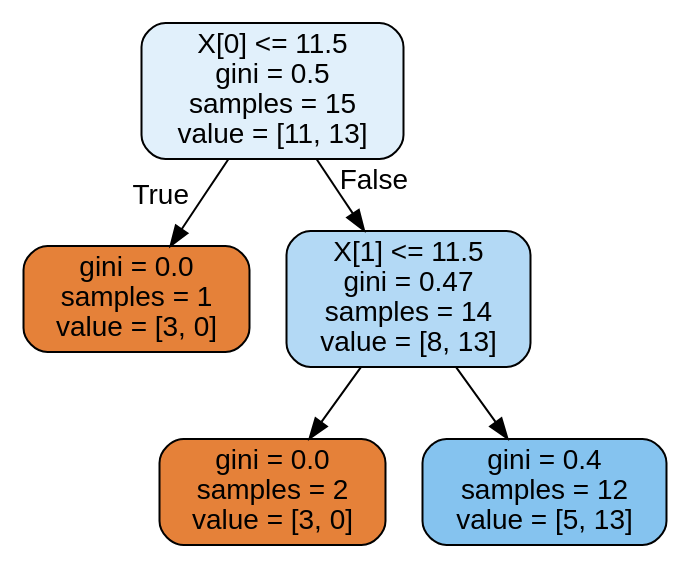
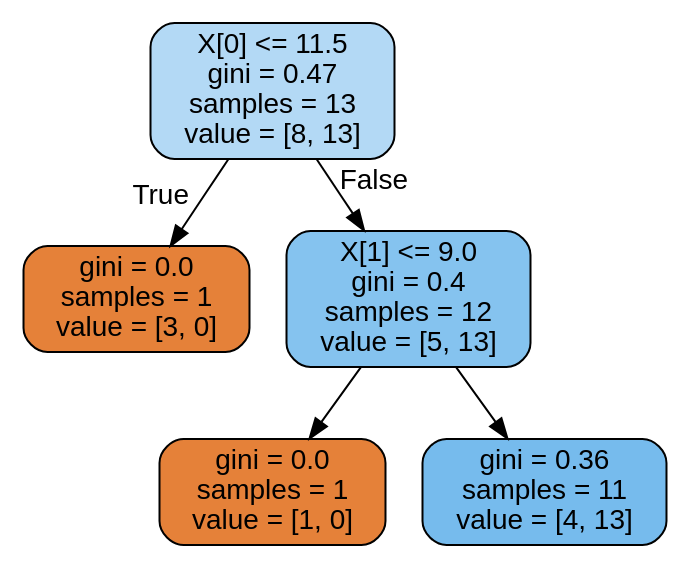
The diagram in tree.dot (diegodiaz1256/SistemasDeInformacion), drawn with Graphviz before and after one commit. The commit also changed 17 other files, not shown here.

```diff
--- a/tree.dot
+++ b/tree.dot
@@ -1,13 +1,13 @@
 digraph Tree {
 node [shape=box, style="filled, rounded", color="black", fontname="helvetica"] ;
 edge [fontname="helvetica"] ;
-0 [label="X[0] <= 11.5\ngini = 0.5\nsamples = 15\nvalue = [11, 13]", fillcolor="#e1f0fb"] ;
+0 [label="X[0] <= 11.5\ngini = 0.47\nsamples = 13\nvalue = [8, 13]", fillcolor="#b3d9f5"] ;
 1 [label="gini = 0.0\nsamples = 1\nvalue = [3, 0]", fillcolor="#e58139"] ;
 0 -> 1 [labeldistance=2.5, labelangle=45, headlabel="True"] ;
-2 [label="X[1] <= 11.5\ngini = 0.47\nsamples = 14\nvalue = [8, 13]", fillcolor="#b3d9f5"] ;
+2 [label="X[1] <= 9.0\ngini = 0.4\nsamples = 12\nvalue = [5, 13]", fillcolor="#85c3ef"] ;
 0 -> 2 [labeldistance=2.5, labelangle=-45, headlabel="False"] ;
-3 [label="gini = 0.0\nsamples = 2\nvalue = [3, 0]", fillcolor="#e58139"] ;
+3 [label="gini = 0.0\nsamples = 1\nvalue = [1, 0]", fillcolor="#e58139"] ;
 2 -> 3 ;
-4 [label="gini = 0.4\nsamples = 12\nvalue = [5, 13]", fillcolor="#85c3ef"] ;
+4 [label="gini = 0.36\nsamples = 11\nvalue = [4, 13]", fillcolor="#76bbed"] ;
 2 -> 4 ;
 }
```
